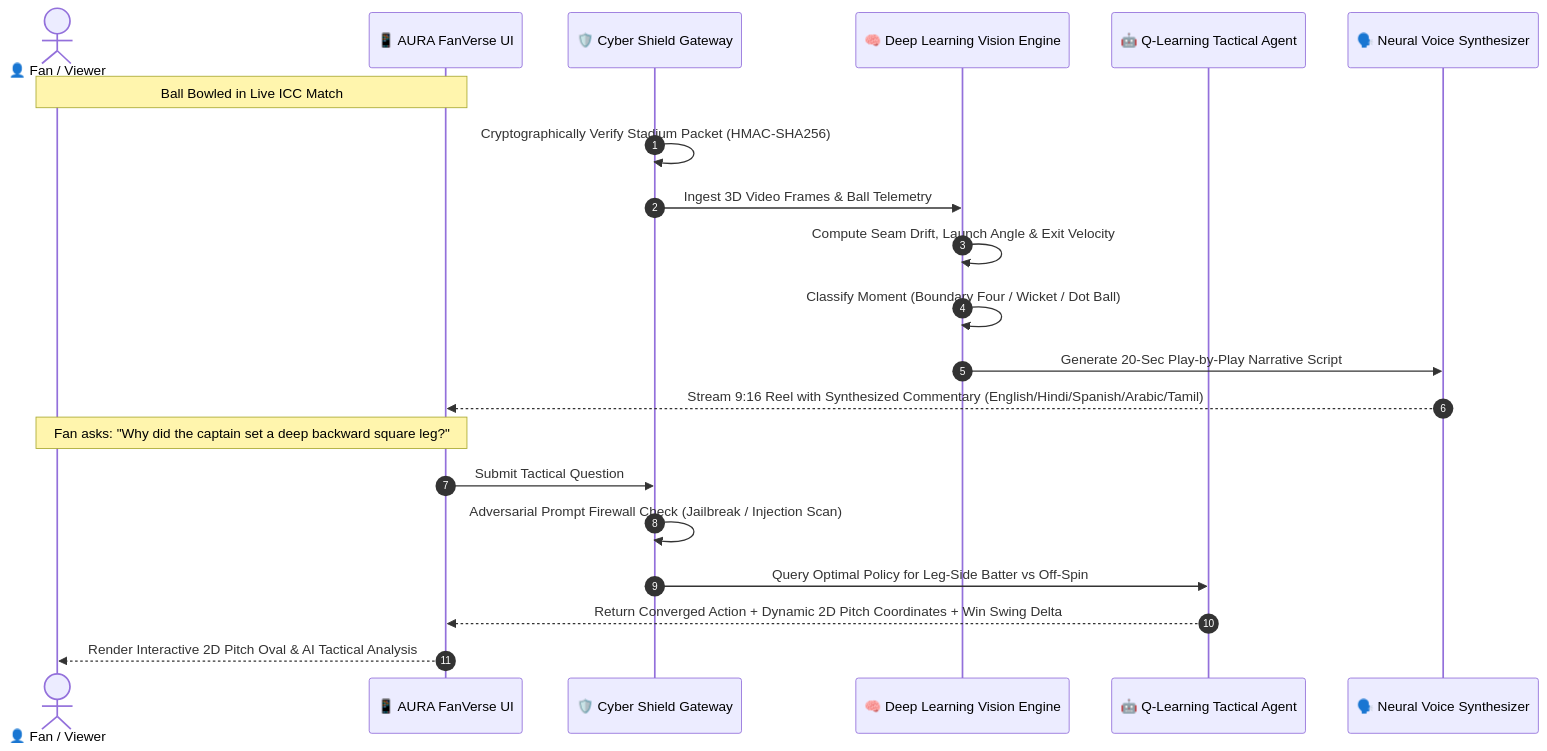
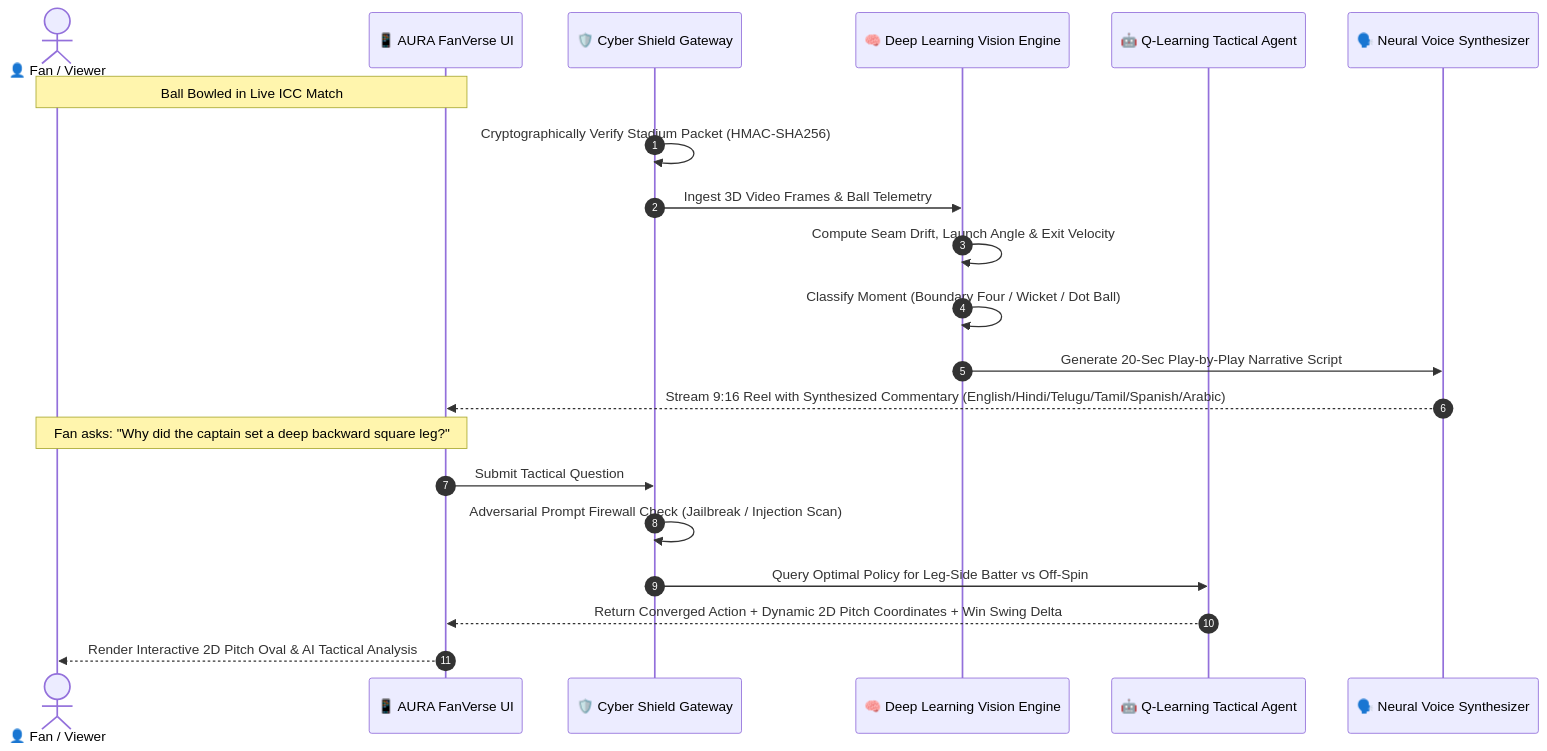
The second of 22 diagrams in README.md (Ranjeet7680/AURA-FanVerse-AI-Powered-Multimodal-Storytelling-Fan-Co-Creation-), drawn with Mermaid before and after one commit. The commit also changed other lines of this file and 15 other files, not shown here.

Commit message:
feat: add 60 FPS animation architecture diagrams, header diagram launcher, and Telugu localization

````diff
--- a/README.md
+++ b/README.md
@@ -92,25 +99,25 @@
 ```mermaid
 sequenceDiagram
     autonumber
     actor Fan as 👤 Fan / Viewer
     participant UI as 📱 AURA FanVerse UI
     participant Gateway as 🛡️ Cyber Shield Gateway
     participant DL as 🧠 Deep Learning Vision Engine
     participant RL as 🤖 Q-Learning Tactical Agent
     participant TTS as 🗣️ Neural Voice Synthesizer
 
     Note over Fan,UI: Ball Bowled in Live ICC Match
     Gateway->>Gateway: Cryptographically Verify Stadium Packet (HMAC-SHA256)
     Gateway->>DL: Ingest 3D Video Frames & Ball Telemetry
     DL->>DL: Compute Seam Drift, Launch Angle & Exit Velocity
     DL->>DL: Classify Moment (Boundary Four / Wicket / Dot Ball)
     DL->>TTS: Generate 20-Sec Play-by-Play Narrative Script
-    TTS-->>UI: Stream 9:16 Reel with Synthesized Commentary (English/Hindi/Spanish/Arabic/Tamil)
+    TTS-->>UI: Stream 9:16 Reel with Synthesized Commentary (English/Hindi/Telugu/Tamil/Spanish/Arabic)
     
     Note over Fan,UI: Fan asks: "Why did the captain set a deep backward square leg?"
     UI->>Gateway: Submit Tactical Question
     Gateway->>Gateway: Adversarial Prompt Firewall Check (Jailbreak / Injection Scan)
     Gateway->>RL: Query Optimal Policy for Leg-Side Batter vs Off-Spin
     RL-->>UI: Return Converged Action + Dynamic 2D Pitch Coordinates + Win Swing Delta
     UI-->>Fan: Render Interactive 2D Pitch Oval & AI Tactical Analysis
 ```
````
